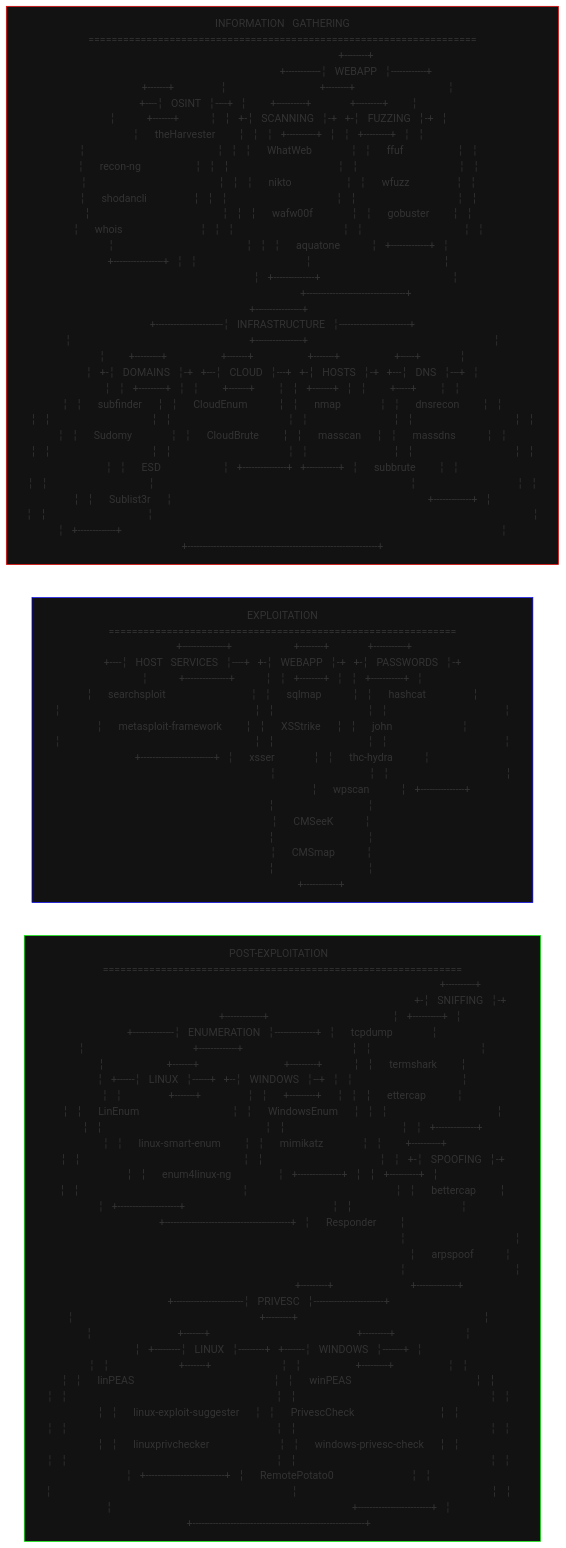
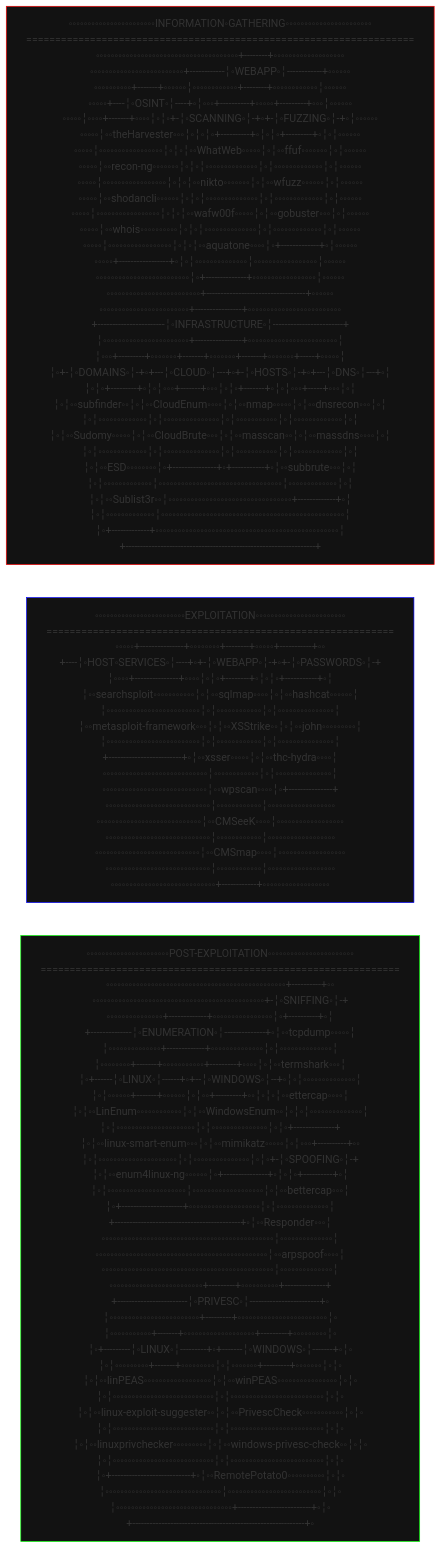
One commit to Skalyaeve/a-process changed the diagram in base.README.md. Above: the diagram before and after it, drawn with Mermaid. The commit also changed 1 other file, not shown here.

````diff
--- a/base.README.md
+++ b/base.README.md
@@ -1,99 +1,99 @@
 ```mermaid
 graph LR
 information-gathering[
-⠀⠀⠀⠀⠀⠀⠀⠀⠀⠀⠀⠀⠀⠀⠀⠀⠀⠀⠀⠀⠀⠀⠀INFORMATION⠀GATHERING⠀⠀⠀⠀⠀⠀⠀⠀⠀⠀⠀⠀⠀⠀⠀⠀⠀⠀⠀⠀⠀⠀⠀
+◦◦◦◦◦◦◦◦◦◦◦◦◦◦◦◦◦◦◦◦◦◦◦INFORMATION◦GATHERING◦◦◦◦◦◦◦◦◦◦◦◦◦◦◦◦◦◦◦◦◦◦◦
 ===================================================================
-⠀⠀⠀⠀⠀⠀⠀⠀⠀⠀⠀⠀⠀⠀⠀⠀⠀⠀⠀⠀⠀⠀⠀⠀⠀⠀⠀⠀⠀⠀⠀⠀⠀⠀⠀⠀⠀⠀+--------+⠀⠀⠀⠀⠀⠀⠀⠀⠀⠀⠀⠀⠀⠀⠀⠀⠀⠀⠀
-⠀⠀⠀⠀⠀⠀⠀⠀⠀⠀⠀⠀⠀⠀⠀⠀⠀⠀⠀⠀⠀⠀⠀⠀⠀+------------╎⠀WEBAPP⠀╎------------+⠀⠀⠀⠀⠀⠀
-⠀⠀⠀⠀⠀⠀⠀⠀⠀⠀+-------+⠀⠀⠀⠀⠀⠀╎⠀⠀⠀⠀⠀⠀⠀⠀⠀⠀⠀⠀+--------+⠀⠀⠀⠀⠀⠀⠀⠀⠀⠀⠀⠀╎⠀⠀⠀⠀⠀⠀
-⠀⠀⠀⠀⠀+----╎⠀OSINT⠀╎----+⠀╎⠀⠀⠀+----------+⠀⠀⠀⠀⠀+---------+⠀⠀⠀╎⠀⠀⠀⠀⠀⠀
-⠀⠀⠀⠀⠀╎⠀⠀⠀⠀+-------+⠀⠀⠀⠀╎⠀╎⠀+-╎⠀SCANNING⠀╎-+⠀+-╎⠀FUZZING⠀╎-+⠀╎⠀⠀⠀⠀⠀⠀
-⠀⠀⠀⠀⠀╎⠀⠀theHarvester⠀⠀⠀╎⠀╎⠀╎⠀+----------+⠀╎⠀╎⠀+---------+⠀╎⠀╎⠀⠀⠀⠀⠀⠀
-⠀⠀⠀⠀⠀╎⠀⠀⠀⠀⠀⠀⠀⠀⠀⠀⠀⠀⠀⠀⠀⠀⠀╎⠀╎⠀╎⠀⠀WhatWeb⠀⠀⠀⠀⠀╎⠀╎⠀⠀ffuf⠀⠀⠀⠀⠀⠀⠀╎⠀╎⠀⠀⠀⠀⠀⠀
-⠀⠀⠀⠀⠀╎⠀⠀recon-ng⠀⠀⠀⠀⠀⠀⠀╎⠀╎⠀╎⠀⠀⠀⠀⠀⠀⠀⠀⠀⠀⠀⠀⠀⠀╎⠀╎⠀⠀⠀⠀⠀⠀⠀⠀⠀⠀⠀⠀⠀╎⠀╎⠀⠀⠀⠀⠀⠀
-⠀⠀⠀⠀⠀╎⠀⠀⠀⠀⠀⠀⠀⠀⠀⠀⠀⠀⠀⠀⠀⠀⠀╎⠀╎⠀╎⠀⠀nikto⠀⠀⠀⠀⠀⠀⠀╎⠀╎⠀⠀wfuzz⠀⠀⠀⠀⠀⠀╎⠀╎⠀⠀⠀⠀⠀⠀
-⠀⠀⠀⠀⠀╎⠀⠀shodancli⠀⠀⠀⠀⠀⠀╎⠀╎⠀╎⠀⠀⠀⠀⠀⠀⠀⠀⠀⠀⠀⠀⠀⠀╎⠀╎⠀⠀⠀⠀⠀⠀⠀⠀⠀⠀⠀⠀⠀╎⠀╎⠀⠀⠀⠀⠀⠀
-⠀⠀⠀⠀⠀╎⠀⠀⠀⠀⠀⠀⠀⠀⠀⠀⠀⠀⠀⠀⠀⠀⠀╎⠀╎⠀╎⠀⠀wafw00f⠀⠀⠀⠀⠀╎⠀╎⠀⠀gobuster⠀⠀⠀╎⠀╎⠀⠀⠀⠀⠀⠀
-⠀⠀⠀⠀⠀╎⠀⠀whois⠀⠀⠀⠀⠀⠀⠀⠀⠀⠀╎⠀╎⠀╎⠀⠀⠀⠀⠀⠀⠀⠀⠀⠀⠀⠀⠀⠀╎⠀╎⠀⠀⠀⠀⠀⠀⠀⠀⠀⠀⠀⠀⠀╎⠀╎⠀⠀⠀⠀⠀⠀
-⠀⠀⠀⠀⠀╎⠀⠀⠀⠀⠀⠀⠀⠀⠀⠀⠀⠀⠀⠀⠀⠀⠀╎⠀╎⠀╎⠀⠀aquatone⠀⠀⠀⠀╎⠀+-------------+⠀╎⠀⠀⠀⠀⠀⠀
-⠀⠀⠀⠀⠀+-----------------+⠀╎⠀╎⠀⠀⠀⠀⠀⠀⠀⠀⠀⠀⠀⠀⠀⠀╎⠀⠀⠀⠀⠀⠀⠀⠀⠀⠀⠀⠀⠀⠀⠀⠀⠀╎⠀⠀⠀⠀⠀⠀
-⠀⠀⠀⠀⠀⠀⠀⠀⠀⠀⠀⠀⠀⠀⠀⠀⠀⠀⠀⠀⠀⠀⠀⠀⠀╎⠀+--------------+⠀⠀⠀⠀⠀⠀⠀⠀⠀⠀⠀⠀⠀⠀⠀⠀⠀╎⠀⠀⠀⠀⠀⠀
-⠀⠀⠀⠀⠀⠀⠀⠀⠀⠀⠀⠀⠀⠀⠀⠀⠀⠀⠀⠀⠀⠀⠀⠀⠀+----------------------------------+⠀⠀⠀⠀⠀⠀
-⠀⠀⠀⠀⠀⠀⠀⠀⠀⠀⠀⠀⠀⠀⠀⠀⠀⠀⠀⠀⠀⠀⠀⠀+----------------+⠀⠀⠀⠀⠀⠀⠀⠀⠀⠀⠀⠀⠀⠀⠀⠀⠀⠀⠀⠀⠀⠀⠀⠀⠀
-+-----------------------╎⠀INFRASTRUCTURE⠀╎------------------------+
-╎⠀⠀⠀⠀⠀⠀⠀⠀⠀⠀⠀⠀⠀⠀⠀⠀⠀⠀⠀⠀⠀⠀⠀+----------------+⠀⠀⠀⠀⠀⠀⠀⠀⠀⠀⠀⠀⠀⠀⠀⠀⠀⠀⠀⠀⠀⠀⠀⠀╎
-╎⠀⠀⠀+---------+⠀⠀⠀⠀⠀⠀⠀+-------+⠀⠀⠀⠀⠀⠀⠀+-------+⠀⠀⠀⠀⠀⠀⠀+-----+⠀⠀⠀⠀⠀╎
-╎⠀+-╎⠀DOMAINS⠀╎-+⠀+---╎⠀CLOUD⠀╎---+⠀+-╎⠀HOSTS⠀╎-+⠀+---╎⠀DNS⠀╎---+⠀╎
-╎⠀╎⠀+---------+⠀╎⠀╎⠀⠀⠀+-------+⠀⠀⠀╎⠀╎⠀+-------+⠀╎⠀╎⠀⠀⠀+-----+⠀⠀⠀╎⠀╎
-╎⠀╎⠀⠀subfinder⠀⠀╎⠀╎⠀⠀CloudEnum⠀⠀⠀⠀╎⠀╎⠀⠀nmap⠀⠀⠀⠀⠀╎⠀╎⠀⠀dnsrecon⠀⠀⠀╎⠀╎
-╎⠀╎⠀⠀⠀⠀⠀⠀⠀⠀⠀⠀⠀⠀⠀╎⠀╎⠀⠀⠀⠀⠀⠀⠀⠀⠀⠀⠀⠀⠀⠀⠀╎⠀╎⠀⠀⠀⠀⠀⠀⠀⠀⠀⠀⠀╎⠀╎⠀⠀⠀⠀⠀⠀⠀⠀⠀⠀⠀⠀⠀╎⠀╎
-╎⠀╎⠀⠀Sudomy⠀⠀⠀⠀⠀╎⠀╎⠀⠀CloudBrute⠀⠀⠀╎⠀╎⠀⠀masscan⠀⠀╎⠀╎⠀⠀massdns⠀⠀⠀⠀╎⠀╎
-╎⠀╎⠀⠀⠀⠀⠀⠀⠀⠀⠀⠀⠀⠀⠀╎⠀╎⠀⠀⠀⠀⠀⠀⠀⠀⠀⠀⠀⠀⠀⠀⠀╎⠀╎⠀⠀⠀⠀⠀⠀⠀⠀⠀⠀⠀╎⠀╎⠀⠀⠀⠀⠀⠀⠀⠀⠀⠀⠀⠀⠀╎⠀╎
-╎⠀╎⠀⠀ESD⠀⠀⠀⠀⠀⠀⠀⠀╎⠀+---------------+⠀+-----------+⠀╎⠀⠀subbrute⠀⠀⠀╎⠀╎
-╎⠀╎⠀⠀⠀⠀⠀⠀⠀⠀⠀⠀⠀⠀⠀╎⠀⠀⠀⠀⠀⠀⠀⠀⠀⠀⠀⠀⠀⠀⠀⠀⠀⠀⠀⠀⠀⠀⠀⠀⠀⠀⠀⠀⠀⠀⠀⠀⠀╎⠀⠀⠀⠀⠀⠀⠀⠀⠀⠀⠀⠀⠀╎⠀╎
-╎⠀╎⠀⠀Sublist3r⠀⠀╎⠀⠀⠀⠀⠀⠀⠀⠀⠀⠀⠀⠀⠀⠀⠀⠀⠀⠀⠀⠀⠀⠀⠀⠀⠀⠀⠀⠀⠀⠀⠀⠀⠀+-------------+⠀╎
-╎⠀╎⠀⠀⠀⠀⠀⠀⠀⠀⠀⠀⠀⠀⠀╎⠀⠀⠀⠀⠀⠀⠀⠀⠀⠀⠀⠀⠀⠀⠀⠀⠀⠀⠀⠀⠀⠀⠀⠀⠀⠀⠀⠀⠀⠀⠀⠀⠀⠀⠀⠀⠀⠀⠀⠀⠀⠀⠀⠀⠀⠀⠀⠀⠀╎
-╎⠀+-------------+⠀⠀⠀⠀⠀⠀⠀⠀⠀⠀⠀⠀⠀⠀⠀⠀⠀⠀⠀⠀⠀⠀⠀⠀⠀⠀⠀⠀⠀⠀⠀⠀⠀⠀⠀⠀⠀⠀⠀⠀⠀⠀⠀⠀⠀⠀⠀⠀⠀╎
+◦◦◦◦◦◦◦◦◦◦◦◦◦◦◦◦◦◦◦◦◦◦◦◦◦◦◦◦◦◦◦◦◦◦◦◦◦◦+--------+◦◦◦◦◦◦◦◦◦◦◦◦◦◦◦◦◦◦◦
+◦◦◦◦◦◦◦◦◦◦◦◦◦◦◦◦◦◦◦◦◦◦◦◦◦+------------╎◦WEBAPP◦╎------------+◦◦◦◦◦◦
+◦◦◦◦◦◦◦◦◦◦+-------+◦◦◦◦◦◦╎◦◦◦◦◦◦◦◦◦◦◦◦+--------+◦◦◦◦◦◦◦◦◦◦◦◦╎◦◦◦◦◦◦
+◦◦◦◦◦+----╎◦OSINT◦╎----+◦╎◦◦◦+----------+◦◦◦◦◦+---------+◦◦◦╎◦◦◦◦◦◦
+◦◦◦◦◦╎◦◦◦◦+-------+◦◦◦◦╎◦╎◦+-╎◦SCANNING◦╎-+◦+-╎◦FUZZING◦╎-+◦╎◦◦◦◦◦◦
+◦◦◦◦◦╎◦◦theHarvester◦◦◦╎◦╎◦╎◦+----------+◦╎◦╎◦+---------+◦╎◦╎◦◦◦◦◦◦
+◦◦◦◦◦╎◦◦◦◦◦◦◦◦◦◦◦◦◦◦◦◦◦╎◦╎◦╎◦◦WhatWeb◦◦◦◦◦╎◦╎◦◦ffuf◦◦◦◦◦◦◦╎◦╎◦◦◦◦◦◦
+◦◦◦◦◦╎◦◦recon-ng◦◦◦◦◦◦◦╎◦╎◦╎◦◦◦◦◦◦◦◦◦◦◦◦◦◦╎◦╎◦◦◦◦◦◦◦◦◦◦◦◦◦╎◦╎◦◦◦◦◦◦
+◦◦◦◦◦╎◦◦◦◦◦◦◦◦◦◦◦◦◦◦◦◦◦╎◦╎◦╎◦◦nikto◦◦◦◦◦◦◦╎◦╎◦◦wfuzz◦◦◦◦◦◦╎◦╎◦◦◦◦◦◦
+◦◦◦◦◦╎◦◦shodancli◦◦◦◦◦◦╎◦╎◦╎◦◦◦◦◦◦◦◦◦◦◦◦◦◦╎◦╎◦◦◦◦◦◦◦◦◦◦◦◦◦╎◦╎◦◦◦◦◦◦
+◦◦◦◦◦╎◦◦◦◦◦◦◦◦◦◦◦◦◦◦◦◦◦╎◦╎◦╎◦◦wafw00f◦◦◦◦◦╎◦╎◦◦gobuster◦◦◦╎◦╎◦◦◦◦◦◦
+◦◦◦◦◦╎◦◦whois◦◦◦◦◦◦◦◦◦◦╎◦╎◦╎◦◦◦◦◦◦◦◦◦◦◦◦◦◦╎◦╎◦◦◦◦◦◦◦◦◦◦◦◦◦╎◦╎◦◦◦◦◦◦
+◦◦◦◦◦╎◦◦◦◦◦◦◦◦◦◦◦◦◦◦◦◦◦╎◦╎◦╎◦◦aquatone◦◦◦◦╎◦+-------------+◦╎◦◦◦◦◦◦
+◦◦◦◦◦+-----------------+◦╎◦╎◦◦◦◦◦◦◦◦◦◦◦◦◦◦╎◦◦◦◦◦◦◦◦◦◦◦◦◦◦◦◦◦╎◦◦◦◦◦◦
+◦◦◦◦◦◦◦◦◦◦◦◦◦◦◦◦◦◦◦◦◦◦◦◦◦╎◦+--------------+◦◦◦◦◦◦◦◦◦◦◦◦◦◦◦◦◦╎◦◦◦◦◦◦
+◦◦◦◦◦◦◦◦◦◦◦◦◦◦◦◦◦◦◦◦◦◦◦◦◦+----------------------------------+◦◦◦◦◦◦
+◦◦◦◦◦◦◦◦◦◦◦◦◦◦◦◦◦◦◦◦◦◦◦◦+----------------+◦◦◦◦◦◦◦◦◦◦◦◦◦◦◦◦◦◦◦◦◦◦◦◦◦
++-----------------------╎◦INFRASTRUCTURE◦╎------------------------+
+╎◦◦◦◦◦◦◦◦◦◦◦◦◦◦◦◦◦◦◦◦◦◦◦+----------------+◦◦◦◦◦◦◦◦◦◦◦◦◦◦◦◦◦◦◦◦◦◦◦◦╎
+╎◦◦◦+---------+◦◦◦◦◦◦◦+-------+◦◦◦◦◦◦◦+-------+◦◦◦◦◦◦◦+-----+◦◦◦◦◦╎
+╎◦+-╎◦DOMAINS◦╎-+◦+---╎◦CLOUD◦╎---+◦+-╎◦HOSTS◦╎-+◦+---╎◦DNS◦╎---+◦╎
+╎◦╎◦+---------+◦╎◦╎◦◦◦+-------+◦◦◦╎◦╎◦+-------+◦╎◦╎◦◦◦+-----+◦◦◦╎◦╎
+╎◦╎◦◦subfinder◦◦╎◦╎◦◦CloudEnum◦◦◦◦╎◦╎◦◦nmap◦◦◦◦◦╎◦╎◦◦dnsrecon◦◦◦╎◦╎
+╎◦╎◦◦◦◦◦◦◦◦◦◦◦◦◦╎◦╎◦◦◦◦◦◦◦◦◦◦◦◦◦◦◦╎◦╎◦◦◦◦◦◦◦◦◦◦◦╎◦╎◦◦◦◦◦◦◦◦◦◦◦◦◦╎◦╎
+╎◦╎◦◦Sudomy◦◦◦◦◦╎◦╎◦◦CloudBrute◦◦◦╎◦╎◦◦masscan◦◦╎◦╎◦◦massdns◦◦◦◦╎◦╎
+╎◦╎◦◦◦◦◦◦◦◦◦◦◦◦◦╎◦╎◦◦◦◦◦◦◦◦◦◦◦◦◦◦◦╎◦╎◦◦◦◦◦◦◦◦◦◦◦╎◦╎◦◦◦◦◦◦◦◦◦◦◦◦◦╎◦╎
+╎◦╎◦◦ESD◦◦◦◦◦◦◦◦╎◦+---------------+◦+-----------+◦╎◦◦subbrute◦◦◦╎◦╎
+╎◦╎◦◦◦◦◦◦◦◦◦◦◦◦◦╎◦◦◦◦◦◦◦◦◦◦◦◦◦◦◦◦◦◦◦◦◦◦◦◦◦◦◦◦◦◦◦◦◦╎◦◦◦◦◦◦◦◦◦◦◦◦◦╎◦╎
+╎◦╎◦◦Sublist3r◦◦╎◦◦◦◦◦◦◦◦◦◦◦◦◦◦◦◦◦◦◦◦◦◦◦◦◦◦◦◦◦◦◦◦◦+-------------+◦╎
+╎◦╎◦◦◦◦◦◦◦◦◦◦◦◦◦╎◦◦◦◦◦◦◦◦◦◦◦◦◦◦◦◦◦◦◦◦◦◦◦◦◦◦◦◦◦◦◦◦◦◦◦◦◦◦◦◦◦◦◦◦◦◦◦◦◦╎
+╎◦+-------------+◦◦◦◦◦◦◦◦◦◦◦◦◦◦◦◦◦◦◦◦◦◦◦◦◦◦◦◦◦◦◦◦◦◦◦◦◦◦◦◦◦◦◦◦◦◦◦◦◦╎
 +-----------------------------------------------------------------+
 ]
 exploitation[
-⠀⠀⠀⠀⠀⠀⠀⠀⠀⠀⠀⠀⠀⠀⠀⠀⠀⠀⠀⠀⠀⠀⠀⠀EXPLOITATION⠀⠀⠀⠀⠀⠀⠀⠀⠀⠀⠀⠀⠀⠀⠀⠀⠀⠀⠀⠀⠀⠀⠀⠀
+◦◦◦◦◦◦◦◦◦◦◦◦◦◦◦◦◦◦◦◦◦◦◦◦EXPLOITATION◦◦◦◦◦◦◦◦◦◦◦◦◦◦◦◦◦◦◦◦◦◦◦◦
 ============================================================
-⠀⠀⠀⠀⠀+---------------+⠀⠀⠀⠀⠀⠀⠀⠀+--------+⠀⠀⠀⠀⠀+-----------+⠀⠀
-+----╎⠀HOST⠀SERVICES⠀╎----+⠀+-╎⠀WEBAPP⠀╎-+⠀+-╎⠀PASSWORDS⠀╎-+
-╎⠀⠀⠀⠀+---------------+⠀⠀⠀⠀╎⠀╎⠀+--------+⠀╎⠀╎⠀+-----------+⠀╎
-╎⠀⠀searchsploit⠀⠀⠀⠀⠀⠀⠀⠀⠀⠀⠀╎⠀╎⠀⠀sqlmap⠀⠀⠀⠀╎⠀╎⠀⠀hashcat⠀⠀⠀⠀⠀⠀╎
-╎⠀⠀⠀⠀⠀⠀⠀⠀⠀⠀⠀⠀⠀⠀⠀⠀⠀⠀⠀⠀⠀⠀⠀⠀⠀╎⠀╎⠀⠀⠀⠀⠀⠀⠀⠀⠀⠀⠀⠀╎⠀╎⠀⠀⠀⠀⠀⠀⠀⠀⠀⠀⠀⠀⠀⠀⠀╎
-╎⠀⠀metasploit-framework⠀⠀⠀╎⠀╎⠀⠀XSStrike⠀⠀╎⠀╎⠀⠀john⠀⠀⠀⠀⠀⠀⠀⠀⠀╎
-╎⠀⠀⠀⠀⠀⠀⠀⠀⠀⠀⠀⠀⠀⠀⠀⠀⠀⠀⠀⠀⠀⠀⠀⠀⠀╎⠀╎⠀⠀⠀⠀⠀⠀⠀⠀⠀⠀⠀⠀╎⠀╎⠀⠀⠀⠀⠀⠀⠀⠀⠀⠀⠀⠀⠀⠀⠀╎
-+-------------------------+⠀╎⠀⠀xsser⠀⠀⠀⠀⠀╎⠀╎⠀⠀thc-hydra⠀⠀⠀⠀╎
-⠀⠀⠀⠀⠀⠀⠀⠀⠀⠀⠀⠀⠀⠀⠀⠀⠀⠀⠀⠀⠀⠀⠀⠀⠀⠀⠀⠀╎⠀⠀⠀⠀⠀⠀⠀⠀⠀⠀⠀⠀╎⠀╎⠀⠀⠀⠀⠀⠀⠀⠀⠀⠀⠀⠀⠀⠀⠀╎
-⠀⠀⠀⠀⠀⠀⠀⠀⠀⠀⠀⠀⠀⠀⠀⠀⠀⠀⠀⠀⠀⠀⠀⠀⠀⠀⠀⠀╎⠀⠀wpscan⠀⠀⠀⠀╎⠀+---------------+
-⠀⠀⠀⠀⠀⠀⠀⠀⠀⠀⠀⠀⠀⠀⠀⠀⠀⠀⠀⠀⠀⠀⠀⠀⠀⠀⠀⠀╎⠀⠀⠀⠀⠀⠀⠀⠀⠀⠀⠀⠀╎⠀⠀⠀⠀⠀⠀⠀⠀⠀⠀⠀⠀⠀⠀⠀⠀⠀⠀
-⠀⠀⠀⠀⠀⠀⠀⠀⠀⠀⠀⠀⠀⠀⠀⠀⠀⠀⠀⠀⠀⠀⠀⠀⠀⠀⠀⠀╎⠀⠀CMSeeK⠀⠀⠀⠀╎⠀⠀⠀⠀⠀⠀⠀⠀⠀⠀⠀⠀⠀⠀⠀⠀⠀⠀
-⠀⠀⠀⠀⠀⠀⠀⠀⠀⠀⠀⠀⠀⠀⠀⠀⠀⠀⠀⠀⠀⠀⠀⠀⠀⠀⠀⠀╎⠀⠀⠀⠀⠀⠀⠀⠀⠀⠀⠀⠀╎⠀⠀⠀⠀⠀⠀⠀⠀⠀⠀⠀⠀⠀⠀⠀⠀⠀⠀
-⠀⠀⠀⠀⠀⠀⠀⠀⠀⠀⠀⠀⠀⠀⠀⠀⠀⠀⠀⠀⠀⠀⠀⠀⠀⠀⠀⠀╎⠀⠀CMSmap⠀⠀⠀⠀╎⠀⠀⠀⠀⠀⠀⠀⠀⠀⠀⠀⠀⠀⠀⠀⠀⠀⠀
-⠀⠀⠀⠀⠀⠀⠀⠀⠀⠀⠀⠀⠀⠀⠀⠀⠀⠀⠀⠀⠀⠀⠀⠀⠀⠀⠀⠀╎⠀⠀⠀⠀⠀⠀⠀⠀⠀⠀⠀⠀╎⠀⠀⠀⠀⠀⠀⠀⠀⠀⠀⠀⠀⠀⠀⠀⠀⠀⠀
-⠀⠀⠀⠀⠀⠀⠀⠀⠀⠀⠀⠀⠀⠀⠀⠀⠀⠀⠀⠀⠀⠀⠀⠀⠀⠀⠀⠀+------------+⠀⠀⠀⠀⠀⠀⠀⠀⠀⠀⠀⠀⠀⠀⠀⠀⠀⠀
+◦◦◦◦◦+---------------+◦◦◦◦◦◦◦◦+--------+◦◦◦◦◦+-----------+◦◦
++----╎◦HOST◦SERVICES◦╎----+◦+-╎◦WEBAPP◦╎-+◦+-╎◦PASSWORDS◦╎-+
+╎◦◦◦◦+---------------+◦◦◦◦╎◦╎◦+--------+◦╎◦╎◦+-----------+◦╎
+╎◦◦searchsploit◦◦◦◦◦◦◦◦◦◦◦╎◦╎◦◦sqlmap◦◦◦◦╎◦╎◦◦hashcat◦◦◦◦◦◦╎
+╎◦◦◦◦◦◦◦◦◦◦◦◦◦◦◦◦◦◦◦◦◦◦◦◦◦╎◦╎◦◦◦◦◦◦◦◦◦◦◦◦╎◦╎◦◦◦◦◦◦◦◦◦◦◦◦◦◦◦╎
+╎◦◦metasploit-framework◦◦◦╎◦╎◦◦XSStrike◦◦╎◦╎◦◦john◦◦◦◦◦◦◦◦◦╎
+╎◦◦◦◦◦◦◦◦◦◦◦◦◦◦◦◦◦◦◦◦◦◦◦◦◦╎◦╎◦◦◦◦◦◦◦◦◦◦◦◦╎◦╎◦◦◦◦◦◦◦◦◦◦◦◦◦◦◦╎
++-------------------------+◦╎◦◦xsser◦◦◦◦◦╎◦╎◦◦thc-hydra◦◦◦◦╎
+◦◦◦◦◦◦◦◦◦◦◦◦◦◦◦◦◦◦◦◦◦◦◦◦◦◦◦◦╎◦◦◦◦◦◦◦◦◦◦◦◦╎◦╎◦◦◦◦◦◦◦◦◦◦◦◦◦◦◦╎
+◦◦◦◦◦◦◦◦◦◦◦◦◦◦◦◦◦◦◦◦◦◦◦◦◦◦◦◦╎◦◦wpscan◦◦◦◦╎◦+---------------+
+◦◦◦◦◦◦◦◦◦◦◦◦◦◦◦◦◦◦◦◦◦◦◦◦◦◦◦◦╎◦◦◦◦◦◦◦◦◦◦◦◦╎◦◦◦◦◦◦◦◦◦◦◦◦◦◦◦◦◦◦
+◦◦◦◦◦◦◦◦◦◦◦◦◦◦◦◦◦◦◦◦◦◦◦◦◦◦◦◦╎◦◦CMSeeK◦◦◦◦╎◦◦◦◦◦◦◦◦◦◦◦◦◦◦◦◦◦◦
+◦◦◦◦◦◦◦◦◦◦◦◦◦◦◦◦◦◦◦◦◦◦◦◦◦◦◦◦╎◦◦◦◦◦◦◦◦◦◦◦◦╎◦◦◦◦◦◦◦◦◦◦◦◦◦◦◦◦◦◦
+◦◦◦◦◦◦◦◦◦◦◦◦◦◦◦◦◦◦◦◦◦◦◦◦◦◦◦◦╎◦◦CMSmap◦◦◦◦╎◦◦◦◦◦◦◦◦◦◦◦◦◦◦◦◦◦◦
+◦◦◦◦◦◦◦◦◦◦◦◦◦◦◦◦◦◦◦◦◦◦◦◦◦◦◦◦╎◦◦◦◦◦◦◦◦◦◦◦◦╎◦◦◦◦◦◦◦◦◦◦◦◦◦◦◦◦◦◦
+◦◦◦◦◦◦◦◦◦◦◦◦◦◦◦◦◦◦◦◦◦◦◦◦◦◦◦◦+------------+◦◦◦◦◦◦◦◦◦◦◦◦◦◦◦◦◦◦
 ]
 post-exploitation[
-⠀⠀⠀⠀⠀⠀⠀⠀⠀⠀⠀⠀⠀⠀⠀⠀⠀⠀⠀⠀⠀⠀POST-EXPLOITATION⠀⠀⠀⠀⠀⠀⠀⠀⠀⠀⠀⠀⠀⠀⠀⠀⠀⠀⠀⠀⠀⠀⠀
+◦◦◦◦◦◦◦◦◦◦◦◦◦◦◦◦◦◦◦◦◦◦POST-EXPLOITATION◦◦◦◦◦◦◦◦◦◦◦◦◦◦◦◦◦◦◦◦◦◦◦
 ==============================================================
-⠀⠀⠀⠀⠀⠀⠀⠀⠀⠀⠀⠀⠀⠀⠀⠀⠀⠀⠀⠀⠀⠀⠀⠀⠀⠀⠀⠀⠀⠀⠀⠀⠀⠀⠀⠀⠀⠀⠀⠀⠀⠀⠀⠀⠀⠀⠀⠀+----------+⠀⠀
-⠀⠀⠀⠀⠀⠀⠀⠀⠀⠀⠀⠀⠀⠀⠀⠀⠀⠀⠀⠀⠀⠀⠀⠀⠀⠀⠀⠀⠀⠀⠀⠀⠀⠀⠀⠀⠀⠀⠀⠀⠀⠀⠀⠀⠀⠀+-╎⠀SNIFFING⠀╎-+
-⠀⠀⠀⠀⠀⠀⠀⠀⠀⠀⠀⠀⠀⠀⠀+-------------+⠀⠀⠀⠀⠀⠀⠀⠀⠀⠀⠀⠀⠀⠀⠀⠀╎⠀+----------+⠀╎
-+--------------╎⠀ENUMERATION⠀╎--------------+⠀╎⠀⠀tcpdump⠀⠀⠀⠀⠀╎
-╎⠀⠀⠀⠀⠀⠀⠀⠀⠀⠀⠀⠀⠀⠀+-------------+⠀⠀⠀⠀⠀⠀⠀⠀⠀⠀⠀⠀⠀⠀╎⠀╎⠀⠀⠀⠀⠀⠀⠀⠀⠀⠀⠀⠀⠀⠀╎
-╎⠀⠀⠀⠀⠀⠀⠀⠀+-------+⠀⠀⠀⠀⠀⠀⠀⠀⠀⠀⠀+---------+⠀⠀⠀⠀╎⠀╎⠀⠀termshark⠀⠀⠀╎
-╎⠀+------╎⠀LINUX⠀╎------+⠀+--╎⠀WINDOWS⠀╎--+⠀╎⠀╎⠀⠀⠀⠀⠀⠀⠀⠀⠀⠀⠀⠀⠀⠀╎
-╎⠀╎⠀⠀⠀⠀⠀⠀+-------+⠀⠀⠀⠀⠀⠀╎⠀╎⠀⠀+---------+⠀⠀╎⠀╎⠀╎⠀⠀ettercap⠀⠀⠀⠀╎
-╎⠀╎⠀⠀LinEnum⠀⠀⠀⠀⠀⠀⠀⠀⠀⠀⠀⠀╎⠀╎⠀⠀WindowsEnum⠀⠀╎⠀╎⠀╎⠀⠀⠀⠀⠀⠀⠀⠀⠀⠀⠀⠀⠀⠀╎
-╎⠀╎⠀⠀⠀⠀⠀⠀⠀⠀⠀⠀⠀⠀⠀⠀⠀⠀⠀⠀⠀⠀⠀╎⠀╎⠀⠀⠀⠀⠀⠀⠀⠀⠀⠀⠀⠀⠀⠀⠀╎⠀╎⠀+--------------+
-╎⠀╎⠀⠀linux-smart-enum⠀⠀⠀╎⠀╎⠀⠀mimikatz⠀⠀⠀⠀⠀╎⠀╎⠀⠀⠀+----------+⠀⠀
-╎⠀╎⠀⠀⠀⠀⠀⠀⠀⠀⠀⠀⠀⠀⠀⠀⠀⠀⠀⠀⠀⠀⠀╎⠀╎⠀⠀⠀⠀⠀⠀⠀⠀⠀⠀⠀⠀⠀⠀⠀╎⠀╎⠀+-╎⠀SPOOFING⠀╎-+
-╎⠀╎⠀⠀enum4linux-ng⠀⠀⠀⠀⠀⠀╎⠀+---------------+⠀╎⠀╎⠀+----------+⠀╎
-╎⠀╎⠀⠀⠀⠀⠀⠀⠀⠀⠀⠀⠀⠀⠀⠀⠀⠀⠀⠀⠀⠀⠀╎⠀⠀⠀⠀⠀⠀⠀⠀⠀⠀⠀⠀⠀⠀⠀⠀⠀⠀⠀╎⠀╎⠀⠀bettercap⠀⠀⠀╎
-╎⠀+---------------------+⠀⠀⠀⠀⠀⠀⠀⠀⠀⠀⠀⠀⠀⠀⠀⠀⠀⠀⠀╎⠀╎⠀⠀⠀⠀⠀⠀⠀⠀⠀⠀⠀⠀⠀⠀╎
-+-------------------------------------------+⠀╎⠀⠀Responder⠀⠀⠀╎
-⠀⠀⠀⠀⠀⠀⠀⠀⠀⠀⠀⠀⠀⠀⠀⠀⠀⠀⠀⠀⠀⠀⠀⠀⠀⠀⠀⠀⠀⠀⠀⠀⠀⠀⠀⠀⠀⠀⠀⠀⠀⠀⠀⠀⠀⠀╎⠀⠀⠀⠀⠀⠀⠀⠀⠀⠀⠀⠀⠀⠀╎
-⠀⠀⠀⠀⠀⠀⠀⠀⠀⠀⠀⠀⠀⠀⠀⠀⠀⠀⠀⠀⠀⠀⠀⠀⠀⠀⠀⠀⠀⠀⠀⠀⠀⠀⠀⠀⠀⠀⠀⠀⠀⠀⠀⠀⠀⠀╎⠀⠀arpspoof⠀⠀⠀⠀╎
-⠀⠀⠀⠀⠀⠀⠀⠀⠀⠀⠀⠀⠀⠀⠀⠀⠀⠀⠀⠀⠀⠀⠀⠀⠀⠀⠀⠀⠀⠀⠀⠀⠀⠀⠀⠀⠀⠀⠀⠀⠀⠀⠀⠀⠀⠀╎⠀⠀⠀⠀⠀⠀⠀⠀⠀⠀⠀⠀⠀⠀╎
-⠀⠀⠀⠀⠀⠀⠀⠀⠀⠀⠀⠀⠀⠀⠀⠀⠀⠀⠀⠀⠀⠀⠀⠀⠀+---------+⠀⠀⠀⠀⠀⠀⠀⠀⠀⠀+--------------+
-+------------------------╎⠀PRIVESC⠀╎------------------------+⠀
-╎⠀⠀⠀⠀⠀⠀⠀⠀⠀⠀⠀⠀⠀⠀⠀⠀⠀⠀⠀⠀⠀⠀⠀⠀+---------+⠀⠀⠀⠀⠀⠀⠀⠀⠀⠀⠀⠀⠀⠀⠀⠀⠀⠀⠀⠀⠀⠀⠀⠀╎⠀
-╎⠀⠀⠀⠀⠀⠀⠀⠀⠀⠀⠀+-------+⠀⠀⠀⠀⠀⠀⠀⠀⠀⠀⠀⠀⠀⠀⠀⠀⠀⠀⠀+---------+⠀⠀⠀⠀⠀⠀⠀⠀⠀╎⠀
-╎⠀+---------╎⠀LINUX⠀╎---------+⠀+-------╎⠀WINDOWS⠀╎-------+⠀╎⠀
-╎⠀╎⠀⠀⠀⠀⠀⠀⠀⠀⠀+-------+⠀⠀⠀⠀⠀⠀⠀⠀⠀╎⠀╎⠀⠀⠀⠀⠀⠀⠀+---------+⠀⠀⠀⠀⠀⠀⠀╎⠀╎⠀
-╎⠀╎⠀⠀linPEAS⠀⠀⠀⠀⠀⠀⠀⠀⠀⠀⠀⠀⠀⠀⠀⠀⠀⠀╎⠀╎⠀⠀winPEAS⠀⠀⠀⠀⠀⠀⠀⠀⠀⠀⠀⠀⠀⠀⠀⠀╎⠀╎⠀
-╎⠀╎⠀⠀⠀⠀⠀⠀⠀⠀⠀⠀⠀⠀⠀⠀⠀⠀⠀⠀⠀⠀⠀⠀⠀⠀⠀⠀⠀╎⠀╎⠀⠀⠀⠀⠀⠀⠀⠀⠀⠀⠀⠀⠀⠀⠀⠀⠀⠀⠀⠀⠀⠀⠀⠀⠀╎⠀╎⠀
-╎⠀╎⠀⠀linux-exploit-suggester⠀⠀╎⠀╎⠀⠀PrivescCheck⠀⠀⠀⠀⠀⠀⠀⠀⠀⠀⠀╎⠀╎⠀
-╎⠀╎⠀⠀⠀⠀⠀⠀⠀⠀⠀⠀⠀⠀⠀⠀⠀⠀⠀⠀⠀⠀⠀⠀⠀⠀⠀⠀⠀╎⠀╎⠀⠀⠀⠀⠀⠀⠀⠀⠀⠀⠀⠀⠀⠀⠀⠀⠀⠀⠀⠀⠀⠀⠀⠀⠀╎⠀╎⠀
-╎⠀╎⠀⠀linuxprivchecker⠀⠀⠀⠀⠀⠀⠀⠀⠀╎⠀╎⠀⠀windows-privesc-check⠀⠀╎⠀╎⠀
-╎⠀╎⠀⠀⠀⠀⠀⠀⠀⠀⠀⠀⠀⠀⠀⠀⠀⠀⠀⠀⠀⠀⠀⠀⠀⠀⠀⠀⠀╎⠀╎⠀⠀⠀⠀⠀⠀⠀⠀⠀⠀⠀⠀⠀⠀⠀⠀⠀⠀⠀⠀⠀⠀⠀⠀⠀╎⠀╎⠀
-╎⠀+---------------------------+⠀╎⠀⠀RemotePotato0⠀⠀⠀⠀⠀⠀⠀⠀⠀⠀╎⠀╎⠀
-╎⠀⠀⠀⠀⠀⠀⠀⠀⠀⠀⠀⠀⠀⠀⠀⠀⠀⠀⠀⠀⠀⠀⠀⠀⠀⠀⠀⠀⠀⠀⠀╎⠀⠀⠀⠀⠀⠀⠀⠀⠀⠀⠀⠀⠀⠀⠀⠀⠀⠀⠀⠀⠀⠀⠀⠀⠀╎⠀╎⠀
-╎⠀⠀⠀⠀⠀⠀⠀⠀⠀⠀⠀⠀⠀⠀⠀⠀⠀⠀⠀⠀⠀⠀⠀⠀⠀⠀⠀⠀⠀⠀⠀+-------------------------+⠀╎⠀
-+-----------------------------------------------------------+⠀
+◦◦◦◦◦◦◦◦◦◦◦◦◦◦◦◦◦◦◦◦◦◦◦◦◦◦◦◦◦◦◦◦◦◦◦◦◦◦◦◦◦◦◦◦◦◦◦◦+----------+◦◦
+◦◦◦◦◦◦◦◦◦◦◦◦◦◦◦◦◦◦◦◦◦◦◦◦◦◦◦◦◦◦◦◦◦◦◦◦◦◦◦◦◦◦◦◦◦◦+-╎◦SNIFFING◦╎-+
+◦◦◦◦◦◦◦◦◦◦◦◦◦◦◦+-------------+◦◦◦◦◦◦◦◦◦◦◦◦◦◦◦◦╎◦+----------+◦╎
++--------------╎◦ENUMERATION◦╎--------------+◦╎◦◦tcpdump◦◦◦◦◦╎
+╎◦◦◦◦◦◦◦◦◦◦◦◦◦◦+-------------+◦◦◦◦◦◦◦◦◦◦◦◦◦◦╎◦╎◦◦◦◦◦◦◦◦◦◦◦◦◦◦╎
+╎◦◦◦◦◦◦◦◦+-------+◦◦◦◦◦◦◦◦◦◦◦+---------+◦◦◦◦╎◦╎◦◦termshark◦◦◦╎
+╎◦+------╎◦LINUX◦╎------+◦+--╎◦WINDOWS◦╎--+◦╎◦╎◦◦◦◦◦◦◦◦◦◦◦◦◦◦╎
+╎◦╎◦◦◦◦◦◦+-------+◦◦◦◦◦◦╎◦╎◦◦+---------+◦◦╎◦╎◦╎◦◦ettercap◦◦◦◦╎
+╎◦╎◦◦LinEnum◦◦◦◦◦◦◦◦◦◦◦◦╎◦╎◦◦WindowsEnum◦◦╎◦╎◦╎◦◦◦◦◦◦◦◦◦◦◦◦◦◦╎
+╎◦╎◦◦◦◦◦◦◦◦◦◦◦◦◦◦◦◦◦◦◦◦◦╎◦╎◦◦◦◦◦◦◦◦◦◦◦◦◦◦◦╎◦╎◦+--------------+
+╎◦╎◦◦linux-smart-enum◦◦◦╎◦╎◦◦mimikatz◦◦◦◦◦╎◦╎◦◦◦+----------+◦◦
+╎◦╎◦◦◦◦◦◦◦◦◦◦◦◦◦◦◦◦◦◦◦◦◦╎◦╎◦◦◦◦◦◦◦◦◦◦◦◦◦◦◦╎◦╎◦+-╎◦SPOOFING◦╎-+
+╎◦╎◦◦enum4linux-ng◦◦◦◦◦◦╎◦+---------------+◦╎◦╎◦+----------+◦╎
+╎◦╎◦◦◦◦◦◦◦◦◦◦◦◦◦◦◦◦◦◦◦◦◦╎◦◦◦◦◦◦◦◦◦◦◦◦◦◦◦◦◦◦◦╎◦╎◦◦bettercap◦◦◦╎
+╎◦+---------------------+◦◦◦◦◦◦◦◦◦◦◦◦◦◦◦◦◦◦◦╎◦╎◦◦◦◦◦◦◦◦◦◦◦◦◦◦╎
++-------------------------------------------+◦╎◦◦Responder◦◦◦╎
+◦◦◦◦◦◦◦◦◦◦◦◦◦◦◦◦◦◦◦◦◦◦◦◦◦◦◦◦◦◦◦◦◦◦◦◦◦◦◦◦◦◦◦◦◦◦╎◦◦◦◦◦◦◦◦◦◦◦◦◦◦╎
+◦◦◦◦◦◦◦◦◦◦◦◦◦◦◦◦◦◦◦◦◦◦◦◦◦◦◦◦◦◦◦◦◦◦◦◦◦◦◦◦◦◦◦◦◦◦╎◦◦arpspoof◦◦◦◦╎
+◦◦◦◦◦◦◦◦◦◦◦◦◦◦◦◦◦◦◦◦◦◦◦◦◦◦◦◦◦◦◦◦◦◦◦◦◦◦◦◦◦◦◦◦◦◦╎◦◦◦◦◦◦◦◦◦◦◦◦◦◦╎
+◦◦◦◦◦◦◦◦◦◦◦◦◦◦◦◦◦◦◦◦◦◦◦◦◦+---------+◦◦◦◦◦◦◦◦◦◦+--------------+
++------------------------╎◦PRIVESC◦╎------------------------+◦
+╎◦◦◦◦◦◦◦◦◦◦◦◦◦◦◦◦◦◦◦◦◦◦◦◦+---------+◦◦◦◦◦◦◦◦◦◦◦◦◦◦◦◦◦◦◦◦◦◦◦◦╎◦
+╎◦◦◦◦◦◦◦◦◦◦◦+-------+◦◦◦◦◦◦◦◦◦◦◦◦◦◦◦◦◦◦◦+---------+◦◦◦◦◦◦◦◦◦╎◦
+╎◦+---------╎◦LINUX◦╎---------+◦+-------╎◦WINDOWS◦╎-------+◦╎◦
+╎◦╎◦◦◦◦◦◦◦◦◦+-------+◦◦◦◦◦◦◦◦◦╎◦╎◦◦◦◦◦◦◦+---------+◦◦◦◦◦◦◦╎◦╎◦
+╎◦╎◦◦linPEAS◦◦◦◦◦◦◦◦◦◦◦◦◦◦◦◦◦◦╎◦╎◦◦winPEAS◦◦◦◦◦◦◦◦◦◦◦◦◦◦◦◦╎◦╎◦
+╎◦╎◦◦◦◦◦◦◦◦◦◦◦◦◦◦◦◦◦◦◦◦◦◦◦◦◦◦◦╎◦╎◦◦◦◦◦◦◦◦◦◦◦◦◦◦◦◦◦◦◦◦◦◦◦◦◦╎◦╎◦
+╎◦╎◦◦linux-exploit-suggester◦◦╎◦╎◦◦PrivescCheck◦◦◦◦◦◦◦◦◦◦◦╎◦╎◦
+╎◦╎◦◦◦◦◦◦◦◦◦◦◦◦◦◦◦◦◦◦◦◦◦◦◦◦◦◦◦╎◦╎◦◦◦◦◦◦◦◦◦◦◦◦◦◦◦◦◦◦◦◦◦◦◦◦◦╎◦╎◦
+╎◦╎◦◦linuxprivchecker◦◦◦◦◦◦◦◦◦╎◦╎◦◦windows-privesc-check◦◦╎◦╎◦
+╎◦╎◦◦◦◦◦◦◦◦◦◦◦◦◦◦◦◦◦◦◦◦◦◦◦◦◦◦◦╎◦╎◦◦◦◦◦◦◦◦◦◦◦◦◦◦◦◦◦◦◦◦◦◦◦◦◦╎◦╎◦
+╎◦+---------------------------+◦╎◦◦RemotePotato0◦◦◦◦◦◦◦◦◦◦╎◦╎◦
+╎◦◦◦◦◦◦◦◦◦◦◦◦◦◦◦◦◦◦◦◦◦◦◦◦◦◦◦◦◦◦◦╎◦◦◦◦◦◦◦◦◦◦◦◦◦◦◦◦◦◦◦◦◦◦◦◦◦╎◦╎◦
+╎◦◦◦◦◦◦◦◦◦◦◦◦◦◦◦◦◦◦◦◦◦◦◦◦◦◦◦◦◦◦◦+-------------------------+◦╎◦
++-----------------------------------------------------------+◦
 ]
 style information-gathering fill:#121212,stroke:#ff0000
 style exploitation fill:#121212,stroke:#0000ff
````
